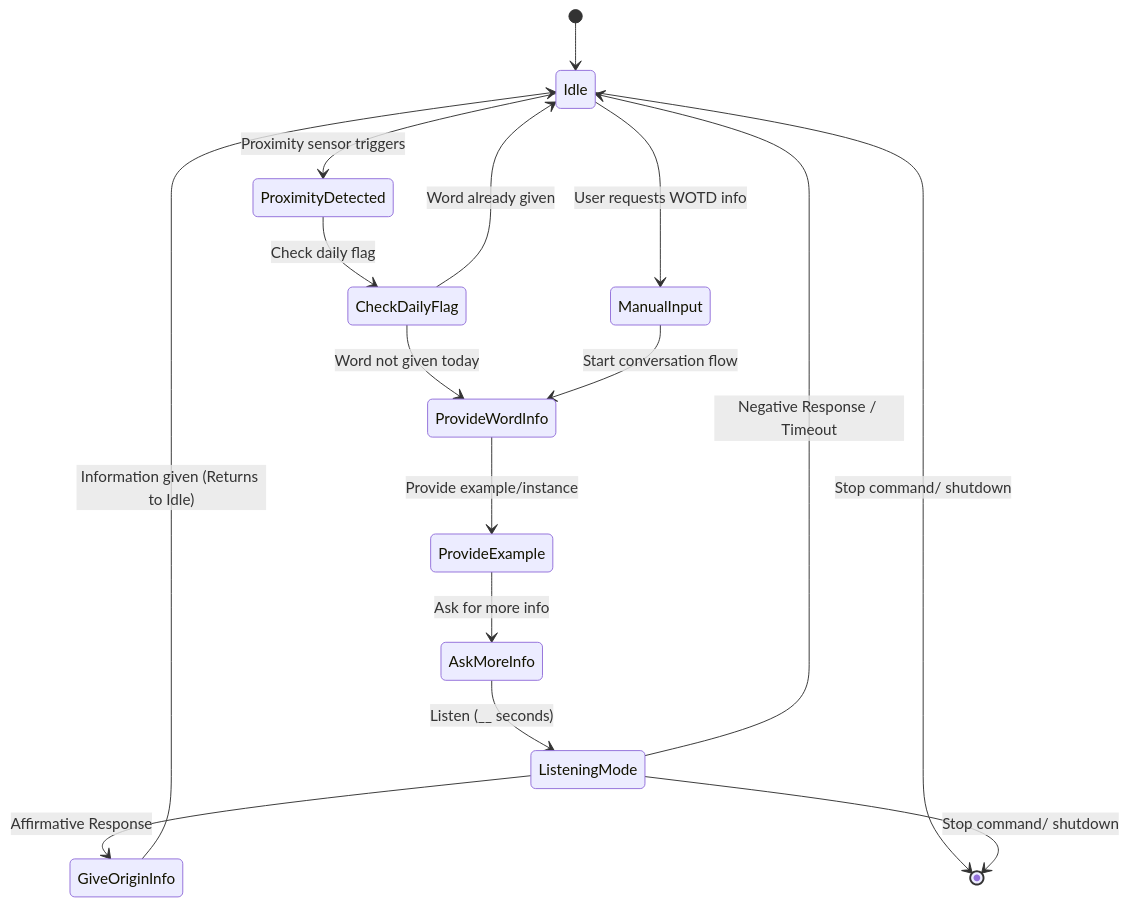
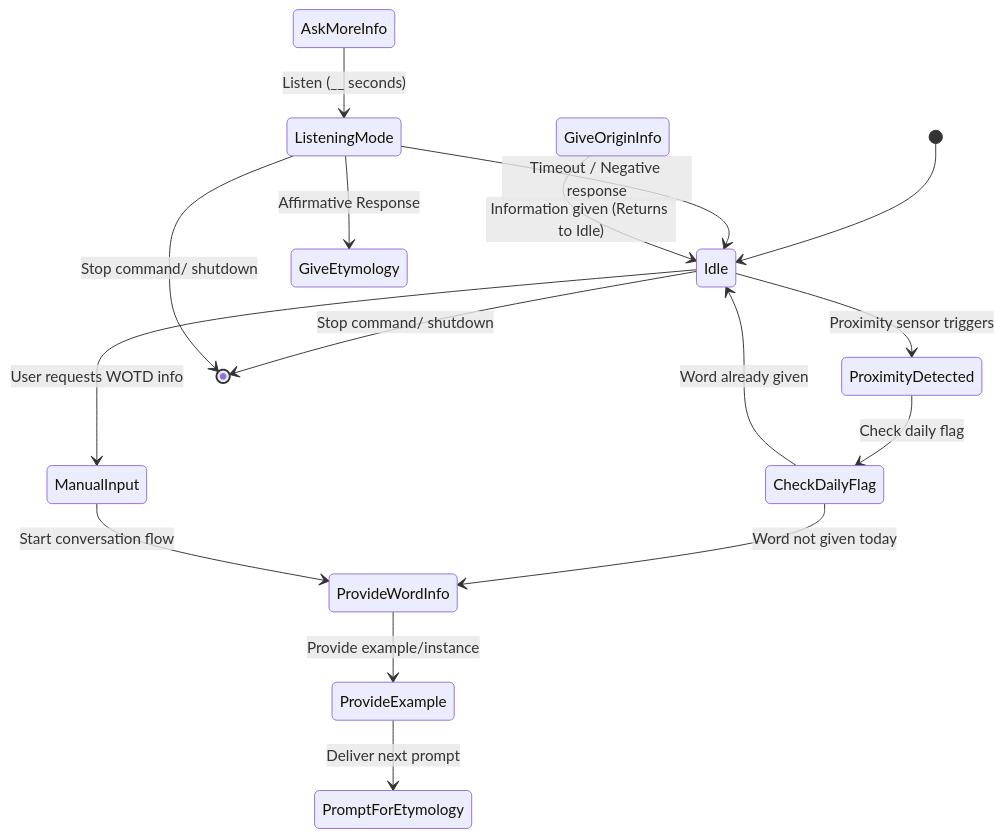
The second of 2 diagrams in Lab 3/README.md (ji227/Jesse-Iriah-s-Lab-Hub), drawn with Mermaid before and after one commit. The commit also changed other lines of this file, not shown here.

````diff
--- a/Lab 3/README.md
+++ b/Lab 3/README.md
@@ -96,24 +96,24 @@
 ```mermaid
 stateDiagram-v2
     [*] --> Idle
     Idle --> ProximityDetected : Proximity sensor triggers
     Idle --> ManualInput : User requests WOTD info
     Idle --> [*] : Stop command/ shutdown
     
     ProximityDetected --> CheckDailyFlag : Check daily flag
     CheckDailyFlag --> ProvideWordInfo : Word not given today
     CheckDailyFlag --> Idle : Word already given
     
     ManualInput --> ProvideWordInfo : Start conversation flow
     
     ProvideWordInfo --> ProvideExample : Provide example/instance
-    ProvideExample --> AskMoreInfo : Ask for more info
+    ProvideExample --> PromptForEtymology : Deliver next prompt
     
     AskMoreInfo --> ListeningMode : Listen (__ seconds)
     
-    ListeningMode --> GiveOriginInfo : Affirmative Response 
-    ListeningMode --> Idle : Negative Response / Timeout
+    ListeningMode --> GiveEtymology : Affirmative Response 
+    ListeningMode --> Idle : Timeout / Negative response
     ListeningMode --> [*] : Stop command/ shutdown
     
     GiveOriginInfo --> Idle : Information given (Returns to Idle)
 ```
````
